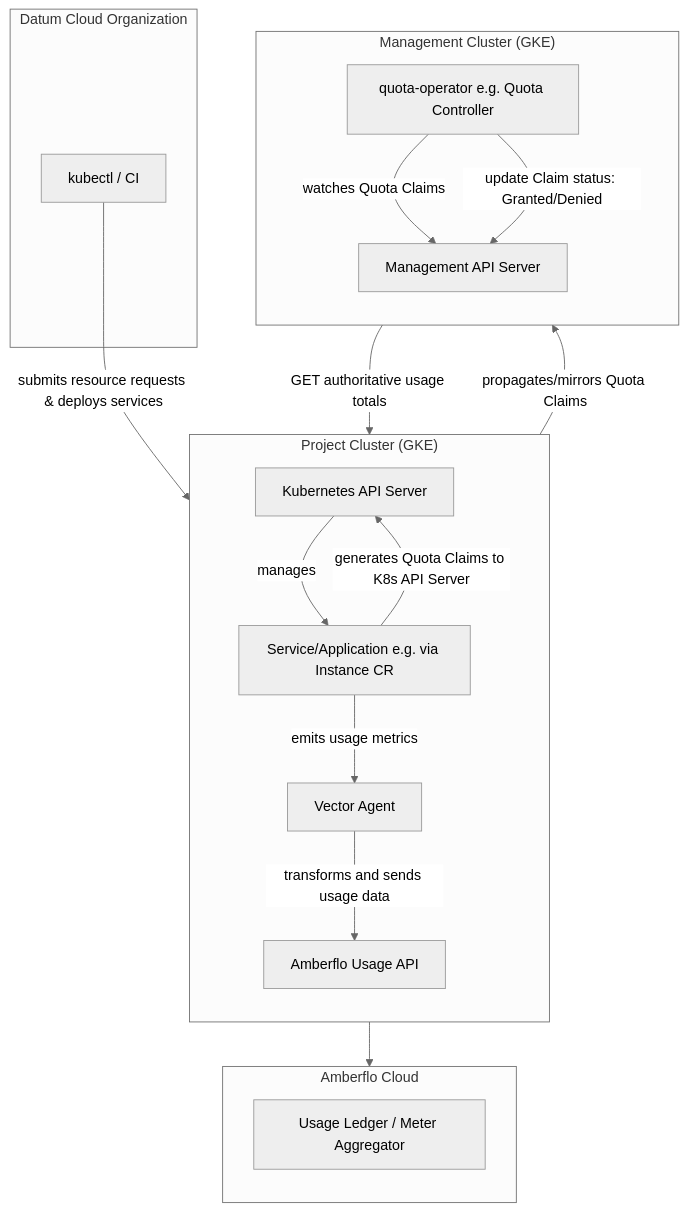
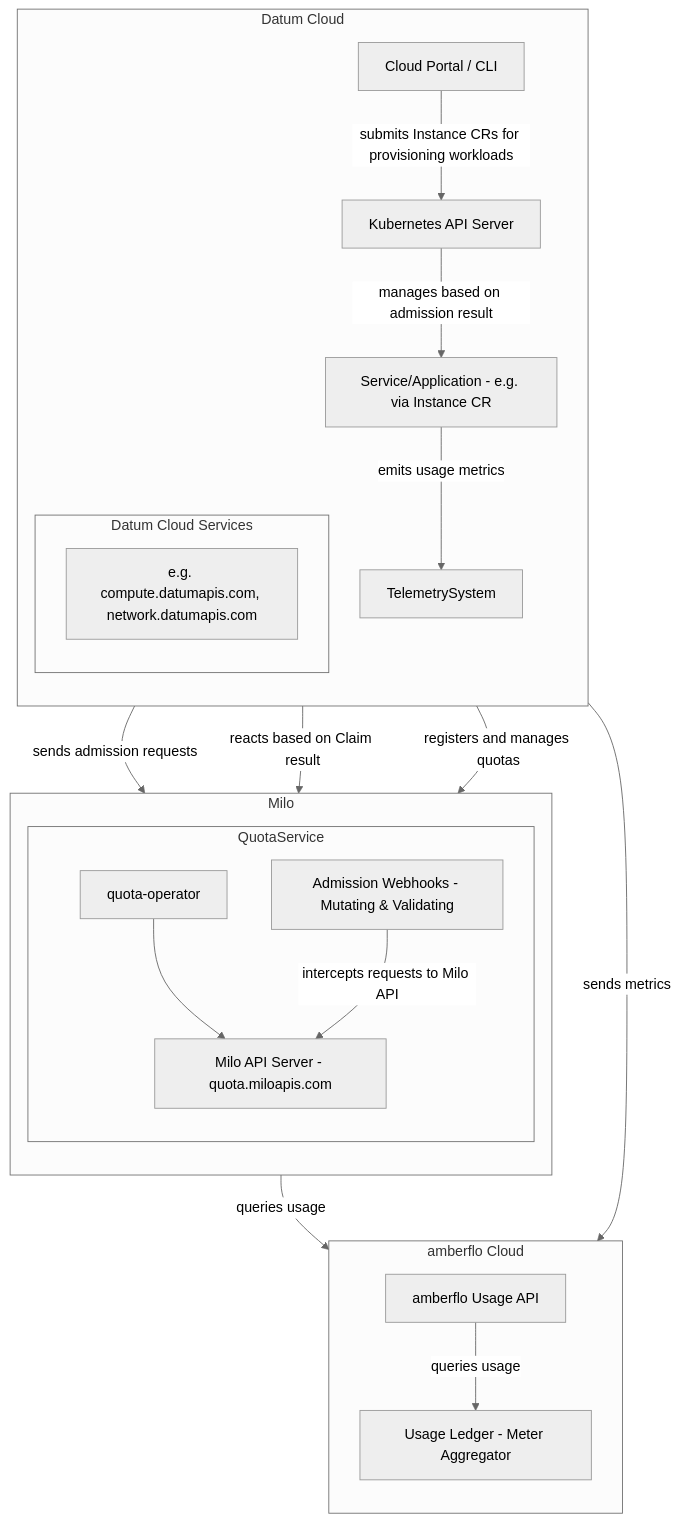
The first of 2 diagrams in enhancements/platform/quota-management/README.md (datum-cloud/enhancements), drawn with Mermaid (neutral theme) before and after one commit. The commit also changed other lines of this file, not shown here.

Commit message:
enh(quota): updates diagrams and other sections

````diff
--- a/enhancements/platform/quota-management/README.md
+++ b/enhancements/platform/quota-management/README.md
@@ -750,44 +851,51 @@
 ```mermaid
 %% C2 - Container Diagram: Quota Management
 flowchart TD
-    subgraph "Datum Cloud Organization"
-        CLI[kubectl / CI]
+    subgraph "Datum Cloud"
+        CLI[Cloud Portal / CLI]
+            subgraph "Datum Cloud Services"
+                OtherServices[e.g. compute.datumapis.com, network.datumapis.com]
+            end
+
+        direction TB
+        Proj_APIServer[Kubernetes API Server]
+        Service[Service/Application - e.g. via Instance CR]
+        TelemetrySystem
+
+        CLI -->|submits Instance CRs for provisioning workloads| Proj_APIServer
+        Proj_APIServer -->|manages based on admission result| Service
+        Service -->|emits usage metrics| TelemetrySystem
     end
 
-    subgraph "Project Cluster (GKE)"
-        direction TB
-        P_APIServer[Kubernetes API Server]
-        Service["Service/Application e.g. via Instance CR"]
-        TelemetrySystem[Vector Agent]
+    Proj_APIServer -->|sends admission requests|Milo_APIServer
+    
+    OtherServices -->|reacts based on Claim result| Milo_APIServer
+ 
+    subgraph Milo [Milo]
+    
+        subgraph QuotaService [QuotaService]
+            QuotaOperator --> Milo_APIServer
 
-        CLI -->|submits resource requests & deploys services| P_APIServer
-        P_APIServer -->|manages| Service
-        Service -->|generates Quota Claims to K8s API Server| P_APIServer
-        Service -->|emits usage metrics| TelemetrySystem
-        TelemetrySystem -->|transforms and sends usage data| AmberfloAPI
+            AdmissionWebhooks -->|intercepts requests to Milo API| Milo_APIServer
+        end
+            direction TB
+            Milo_APIServer[Milo API Server - quota.miloapis.com]
+            QuotaOperator["quota-operator"]
+            AdmissionWebhooks["Admission Webhooks - Mutating & Validating"]
+        
+        CLI -->|registers and manages quotas| Milo_APIServer
     end
 
-    subgraph "Management Cluster (GKE)"
+    QuotaOperator -->| queries usage | amberfloAPI[amberflow Usage API]
+
+    subgraph "amberflo Cloud"
         direction TB
-        M_APIServer[Management API Server]
-        QuotaController["quota-operator e.g. Quota Controller"]
+        amberfloAPI[amberflo Usage API]
+        amberfloStorage[Usage Ledger - Meter Aggregator]
 
-        %% Quota claims from project clusters are reflected or made available here
-        P_APIServer -->|propagates/mirrors Quota Claims| M_APIServer
-        
-        QuotaController -->|watches Quota Claims| M_APIServer
-        QuotaController -->|GET authoritative usage totals| AmberfloAPI
-        QuotaController -->|update Claim status: Granted/Denied| M_APIServer
-        %% Optional: If the controller also manages overall grant availability display
-        %% QuotaController -->|update Grant status.usage (advisory)| M_APIServer
+        amberfloAPI -->|queries usage| amberfloStorage
     end
 
-    subgraph "Amberflo Cloud"
-        direction TB
-        AmberfloAPI[Amberflo Usage API]
-        AmberfloStorage[Usage Ledger / Meter Aggregator]
-
-        AmberfloAPI --> AmberfloStorage
-    end
+    TelemetrySystem -->|sends metrics| amberfloStorage
 
 ```
````
